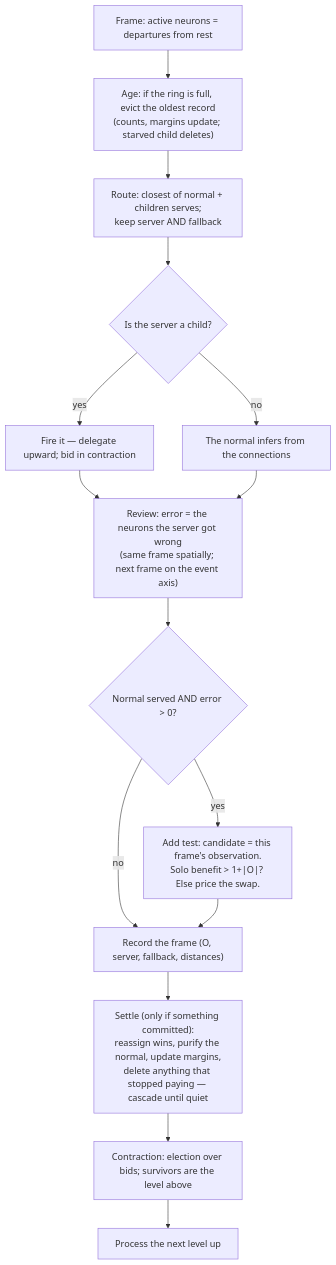
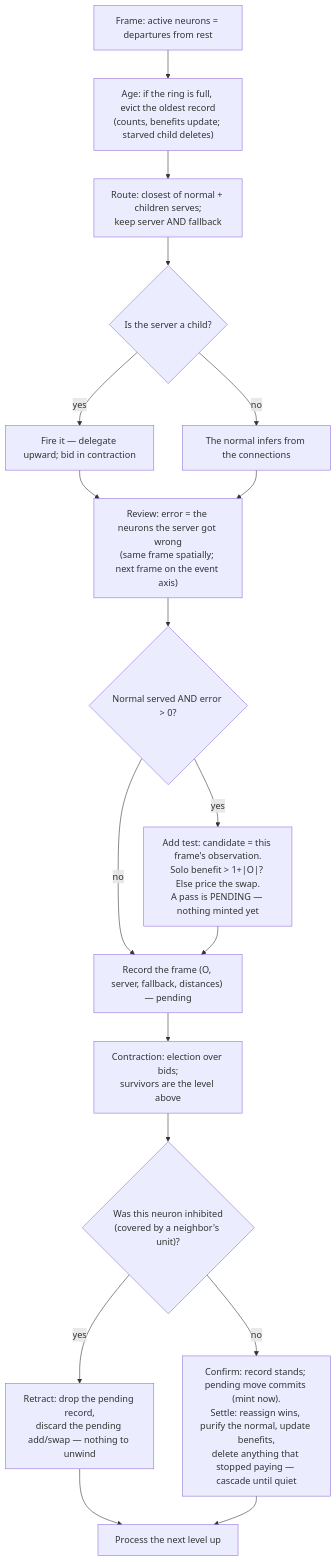
One commit to cucar/robot_brain changed the diagram in docs/algorithm.md. Above: the diagram before and after it, drawn with Mermaid. The commit also changed other lines of this file, not shown here.

First line of the commit message:
algorithm.md: fix review findings on margins, contraction pricing, and transaction ordering

````diff
--- a/docs/algorithm.md
+++ b/docs/algorithm.md
@@ -578,17 +618,20 @@
 ```mermaid
 flowchart TD
-    A["Frame: active neurons = departures from rest"] --> B["Age: if the ring is full, evict the oldest record<br/>(counts, margins update; starved child deletes)"]
+    A["Frame: active neurons = departures from rest"] --> B["Age: if the ring is full, evict the oldest record<br/>(counts, benefits update; starved child deletes)"]
     B --> C["Route: closest of normal + children serves;<br/>keep server AND fallback"]
     C --> D{"Is the server a child?"}
     D -->|yes| E["Fire it — delegate upward; bid in contraction"]
     D -->|no| F["The normal infers from the connections"]
     E --> G["Review: error = the neurons the server got wrong<br/>(same frame spatially; next frame on the event axis)"]
     F --> G
     G --> H{"Normal served AND error > 0?"}
-    H -->|yes| I["Add test: candidate = this frame's observation.<br/>Solo benefit > 1+|O|? Else price the swap."]
-    H -->|no| J["Record the frame (O, server, fallback, distances)"]
+    H -->|yes| I["Add test: candidate = this frame's observation.<br/>Solo benefit > 1+|O|? Else price the swap.<br/>A pass is PENDING — nothing minted yet"]
+    H -->|no| J["Record the frame (O, server, fallback, distances) — pending"]
     I --> J
-    J --> K["Settle (only if something committed):<br/>reassign wins, purify the normal, update margins,<br/>delete anything that stopped paying — cascade until quiet"]
-    K --> L["Contraction: election over bids; survivors are the level above"]
-    L --> M["Process the next level up"]
+    J --> K["Contraction: election over bids;<br/>survivors are the level above"]
+    K --> L{"Was this neuron inhibited<br/>(covered by a neighbor's unit)?"}
+    L -->|yes| M["Retract: drop the pending record,<br/>discard the pending add/swap — nothing to unwind"]
+    L -->|no| N["Confirm: record stands; pending move commits (mint now).<br/>Settle: reassign wins, purify the normal, update benefits,<br/>delete anything that stopped paying — cascade until quiet"]
+    M --> O["Process the next level up"]
+    N --> O
 ```
````
